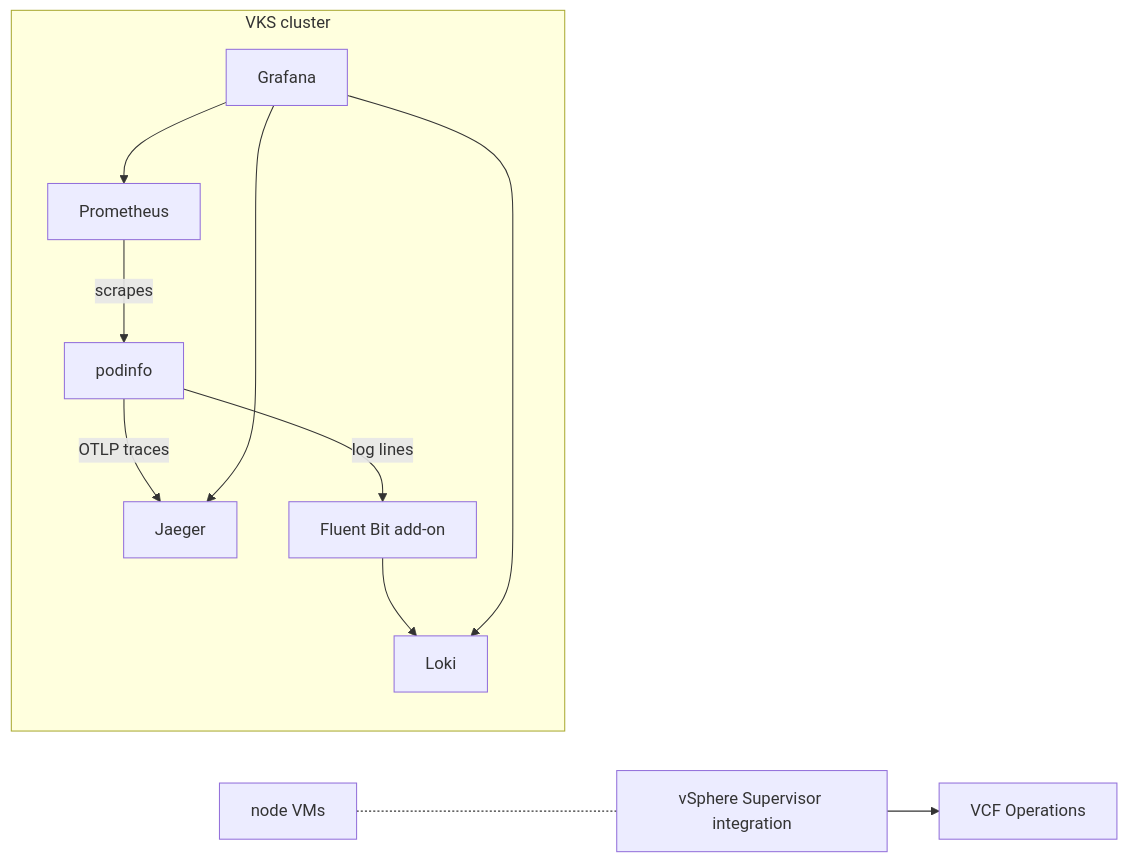
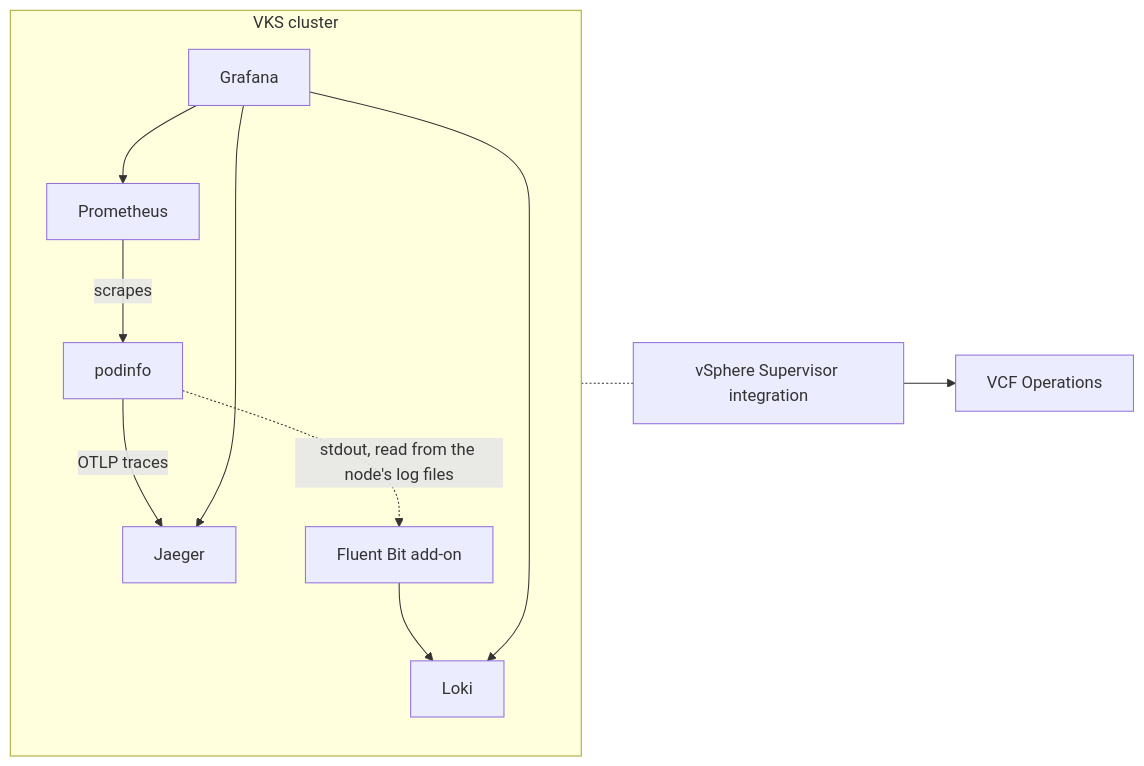
One commit to AndriyKalashnykov/vks-guides changed the diagram in docs/OBSERVABILITY.md. Above: the diagram before and after it, drawn with Mermaid. The commit also changed other lines of this file and 1 other file, not shown here.

First line of the commit message:
docs: OBSERVABILITY.md delta-review fixes (traces wording, Ops guard, diagram)

````diff
--- a/docs/OBSERVABILITY.md
+++ b/docs/OBSERVABILITY.md
@@ -24,10 +25,10 @@
 ```mermaid
 flowchart LR
   subgraph cluster["VKS cluster"]
     app["podinfo"] -- "OTLP traces" --> jaeger["Jaeger"]
-    app -- "log lines" --> fb["Fluent Bit add-on"] --> loki["Loki"]
+    app -. "stdout, read from the node's log files" .-> fb["Fluent Bit add-on"] --> loki["Loki"]
     prom["Prometheus"] -- "scrapes" --> app
     grafana["Grafana"] --> prom & loki & jaeger
   end
-  nodes["node VMs"] -.- sup["vSphere Supervisor integration"] --> ops["VCF Operations"]
+  cluster -.- sup["vSphere Supervisor integration"] --> ops["VCF Operations"]
 ```
````
